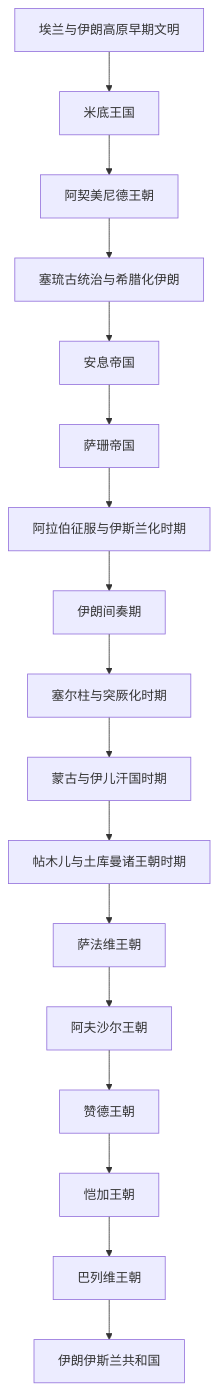
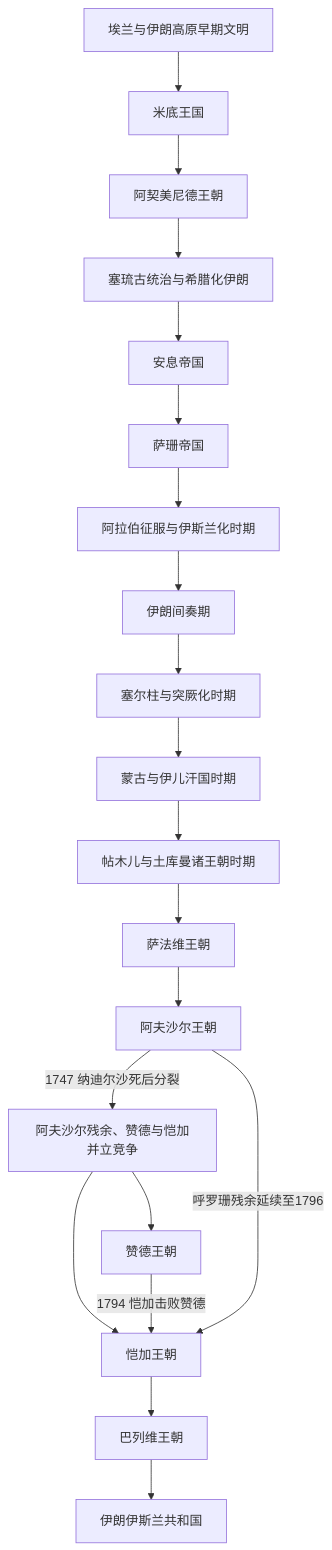
One commit to tianlan-dev/learning-notes changed the diagram in 人文科学/历史/西亚/伊朗/README.md. Above: the diagram before and after it, drawn with Mermaid. The commit also changed other lines of this file and 159 other files, not shown here.

````diff
--- a/人文科学/历史/西亚/伊朗/README.md
+++ b/人文科学/历史/西亚/伊朗/README.md
@@ -21,19 +30,22 @@
 ```mermaid
 flowchart TD
     Elam["埃兰与伊朗高原早期文明"] --> Medes["米底王国"]
     Medes --> Achaemenid["阿契美尼德王朝"]
     Achaemenid --> Seleucid["塞琉古统治与希腊化伊朗"]
     Seleucid --> Parthian["安息帝国"]
     Parthian --> Sasanian["萨珊帝国"]
     Sasanian --> ArabConquest["阿拉伯征服与伊斯兰化时期"]
     ArabConquest --> Intermezzo["伊朗间奏期"]
     Intermezzo --> Seljuk["塞尔柱与突厥化时期"]
     Seljuk --> Ilkhanate["蒙古与伊儿汗国时期"]
     Ilkhanate --> Timurid["帖木儿与土库曼诸王朝时期"]
     Timurid --> Safavid["萨法维王朝"]
     Safavid --> Afsharid["阿夫沙尔王朝"]
-    Afsharid --> Zand["赞德王朝"]
-    Zand --> Qajar["恺加王朝"]
+    Afsharid -->|1747 纳迪尔沙死后分裂| Rivalry["阿夫沙尔残余、赞德与恺加并立竞争"]
+    Rivalry --> Zand["赞德王朝"]
+    Rivalry --> Qajar["恺加王朝"]
+    Zand -->|1794 恺加击败赞德| Qajar
+    Afsharid -->|呼罗珊残余延续至1796| Qajar
     Qajar --> Pahlavi["巴列维王朝"]
     Pahlavi --> IslamicRepublic["伊朗伊斯兰共和国"]
 ```
````
